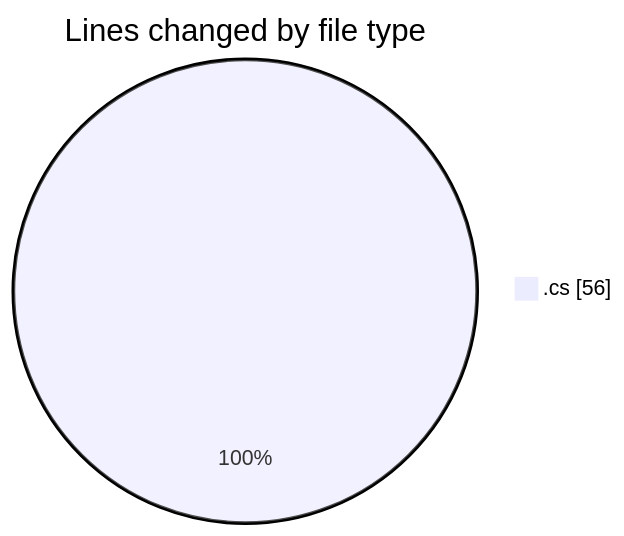
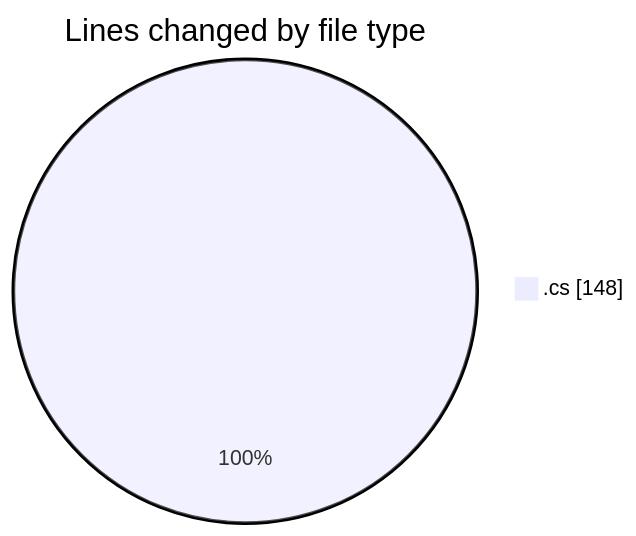
One commit to Netris89/code-tracking changed the first of 2 diagrams in 2025-03-22/back-end/README.md. Above: the diagram before and after it, drawn with Mermaid. The commit also changed other lines of this file and 1 other file, not shown here.

````diff
--- a/2025-03-22/back-end/README.md
+++ b/2025-03-22/back-end/README.md
@@ -20,5 +21,5 @@
 ```mermaid
 pie showData
 title Lines changed by file type
-".cs" : 56
+".cs" : 148
 ```
````
